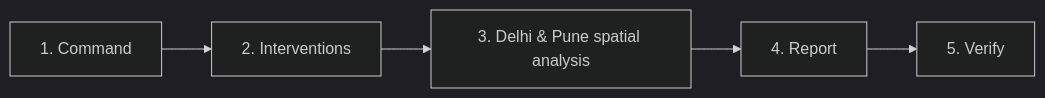
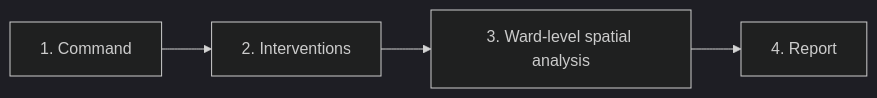
Before and after one commit to ashoka0402/final_year_project: the first of 5 diagrams in README.md, drawn with Mermaid (dark theme). The commit also changed other lines of this file, not shown here.

Commit message:
Remove retired Verify and Corridors documentation

````diff
--- a/README.md
+++ b/README.md
@@ -161,4 +156,4 @@
 ```mermaid
 flowchart LR
-    C["1. Command"] --> I["2. Interventions"] --> R["3. Delhi & Pune spatial analysis"] --> P["4. Report"] --> V["5. Verify"]
+    C["1. Command"] --> I["2. Interventions"] --> R["3. Ward-level spatial analysis"] --> P["4. Report"]
 ```
````
